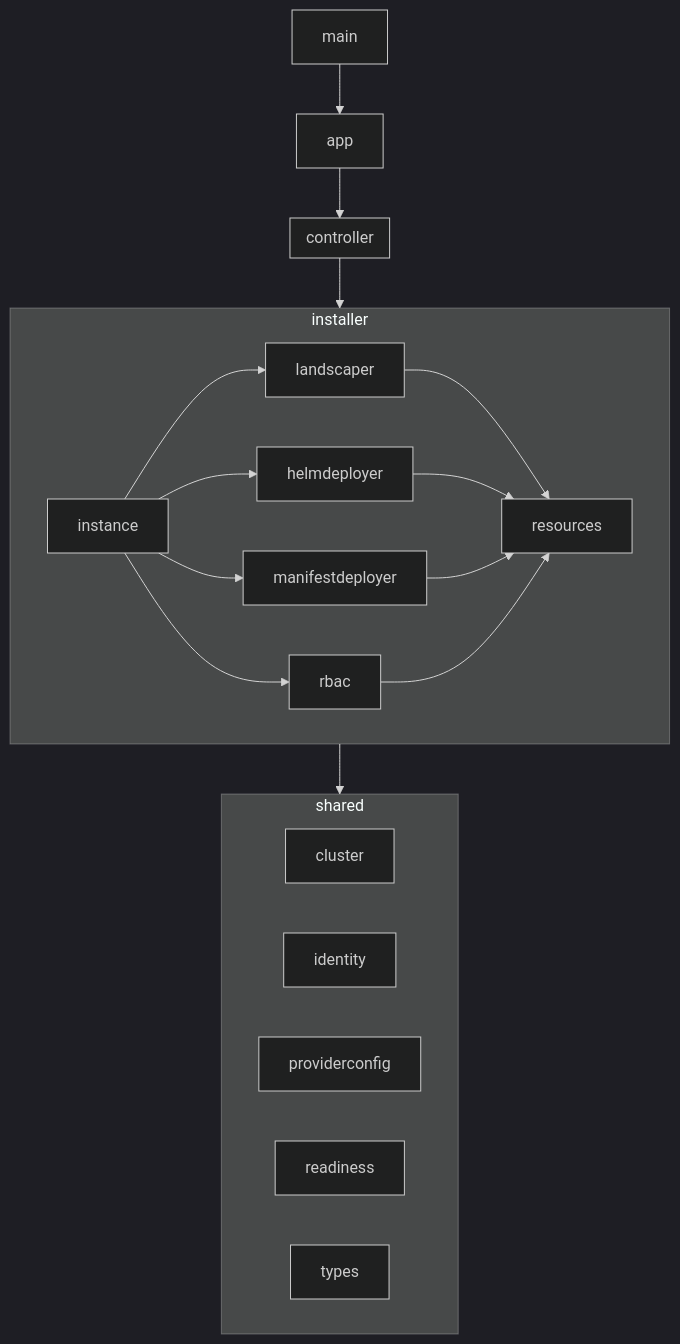
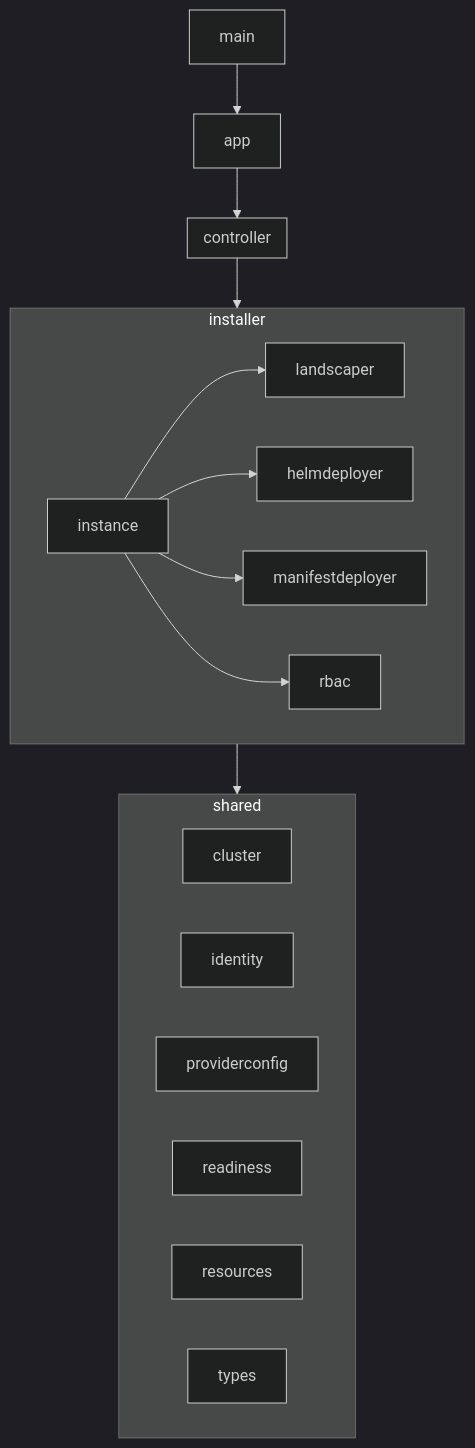
The diagram in docs/technical/packages.md (openmcp-project/service-provider-landscaper), drawn with Mermaid (dark theme) before and after one commit. The commit also changed other lines of this file and 15 other files, not shown here.

````diff
--- a/docs/technical/packages.md
+++ b/docs/technical/packages.md
@@ -3,27 +5,28 @@
 ```mermaid
 flowchart TD
 
     subgraph controller
         
     end
 
     subgraph installer
-        instance --> landscaper --> resources
-        instance --> helmdeployer --> resources
-        instance --> manifestdeployer --> resources
-        instance --> rbac --> resources
+        instance --> landscaper
+        instance --> helmdeployer
+        instance --> manifestdeployer
+        instance --> rbac
      end
 
     subgraph shared
         cluster
         identity
         providerconfig
         readiness
+        resources
         types
     end
     
     main --> app --> controller
     controller --> installer
     installer --> shared
 
 ```
````
